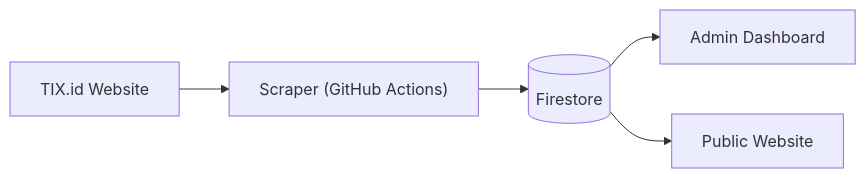
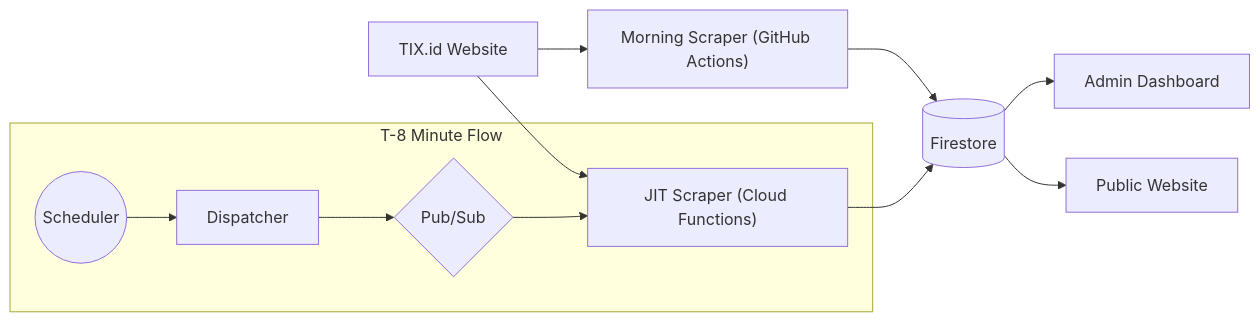
Before and after one commit to okihita/CineRadar: the first of 4 diagrams in docs/01_architecture_and_design.md, drawn with Mermaid. The commit also changed other lines of this file, not shown here.

Commit message:
docs: update architecture and design for hybrid scraping pipeline

````diff
--- a/docs/01_architecture_and_design.md
+++ b/docs/01_architecture_and_design.md
@@ -51,10 +51,20 @@
 ```mermaid
 flowchart LR
-    TIX[TIX.id Website] --> S["Scraper (GitHub Actions)"]
-    S --> FS[(Firestore)]
+    TIX[TIX.id Website] --> S_MORNING["Morning Scraper (GitHub Actions)"]
+    TIX --> S_JIT["JIT Scraper (Cloud Functions)"]
+    
+    S_MORNING --> FS[(Firestore)]
+    S_JIT --> FS
+    
     FS --> AD[Admin Dashboard]
     FS --> PW[Public Website]
+    
+    subgraph S_JIT_FLOW [T-8 Minute Flow]
+        SCHED((Scheduler)) --> DISP[Dispatcher]
+        DISP --> PUBSUB{Pub/Sub}
+        PUBSUB --> S_JIT
+    end
     
     click AD "https://cineradar-admin.vercel.app"
     click PW "https://cineradar-id.vercel.app"
 ```
````
